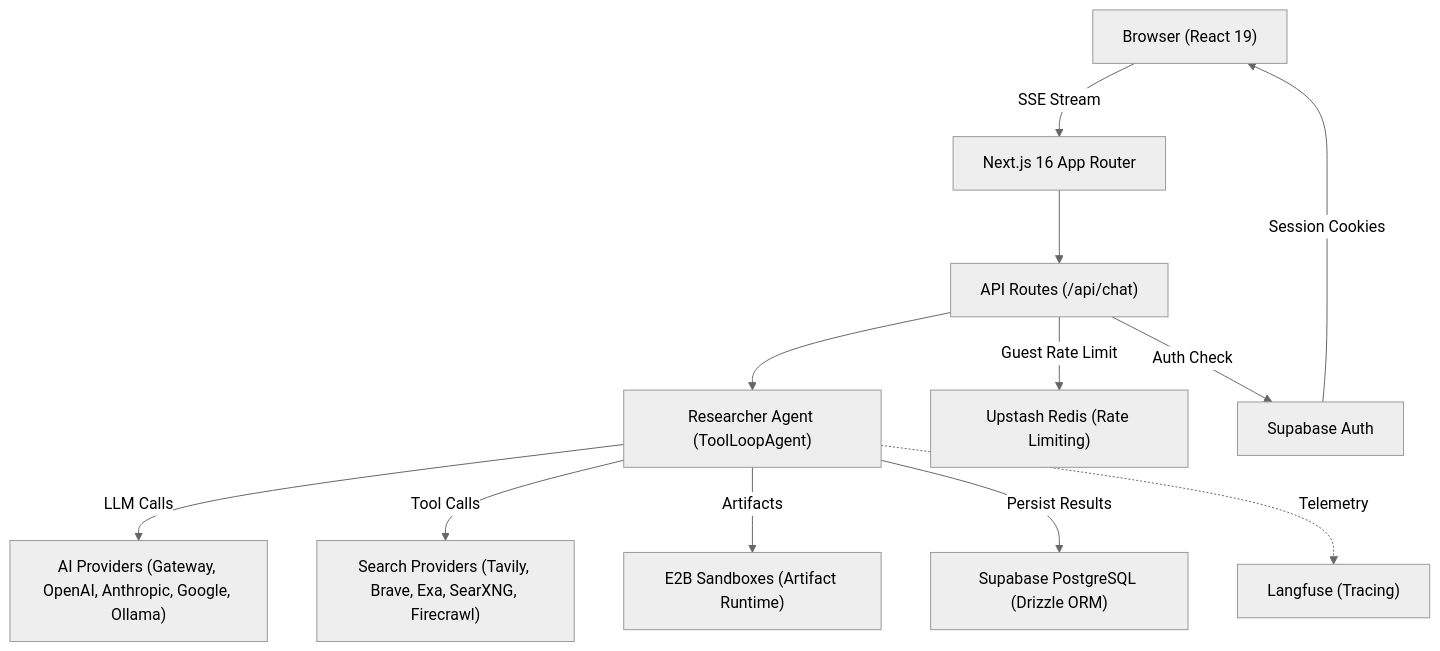
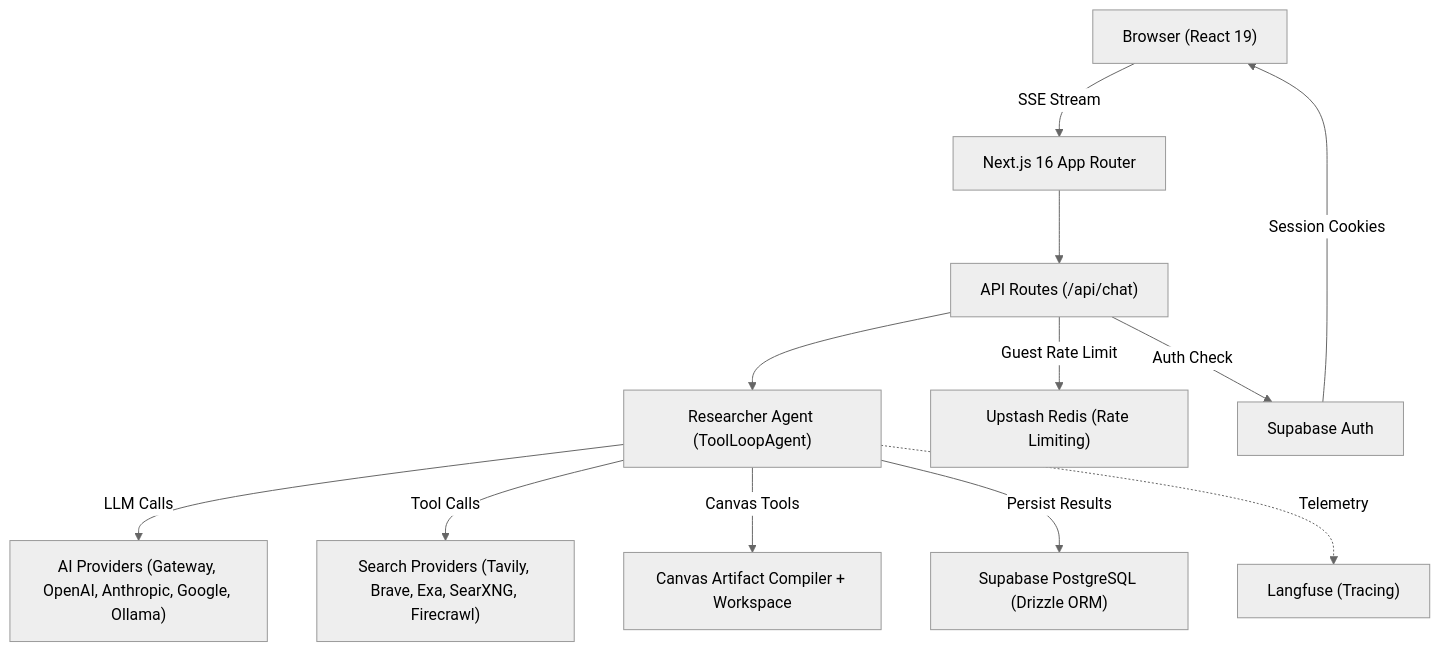
One commit to NickB03/polymorph changed the diagram in README.md. Above: the diagram before and after it, drawn with Mermaid (neutral theme). The commit also changed other lines of this file and 20 other files, not shown here.

First line of the commit message:
docs: refresh documentation for canvas artifact migration

````diff
--- a/README.md
+++ b/README.md
@@ -57,26 +57,26 @@
 ```mermaid
 graph TD
     Browser["Browser (React 19)"]
     NextJS["Next.js 16 App Router"]
     API["API Routes (/api/chat)"]
     Agent["Researcher Agent (ToolLoopAgent)"]
     AI["AI Providers (Gateway, OpenAI, Anthropic, Google, Ollama)"]
     Search["Search Providers (Tavily, Brave, Exa, SearXNG, Firecrawl)"]
-    E2B["E2B Sandboxes (Artifact Runtime)"]
+    Canvas["Canvas Artifact Compiler + Workspace"]
     DB["Supabase PostgreSQL (Drizzle ORM)"]
     Redis["Upstash Redis (Rate Limiting)"]
     Auth["Supabase Auth"]
     Langfuse["Langfuse (Tracing)"]
 
     Browser -->|"SSE Stream"| NextJS
     NextJS --> API
     API -->|"Auth Check"| Auth
     API -->|"Guest Rate Limit"| Redis
     API --> Agent
     Agent -->|"LLM Calls"| AI
     Agent -->|"Tool Calls"| Search
-    Agent -->|"Artifacts"| E2B
+    Agent -->|"Canvas Tools"| Canvas
     Agent -->|"Persist Results"| DB
     Agent -.->|"Telemetry"| Langfuse
     Auth -->|"Session Cookies"| Browser
 ```
````
